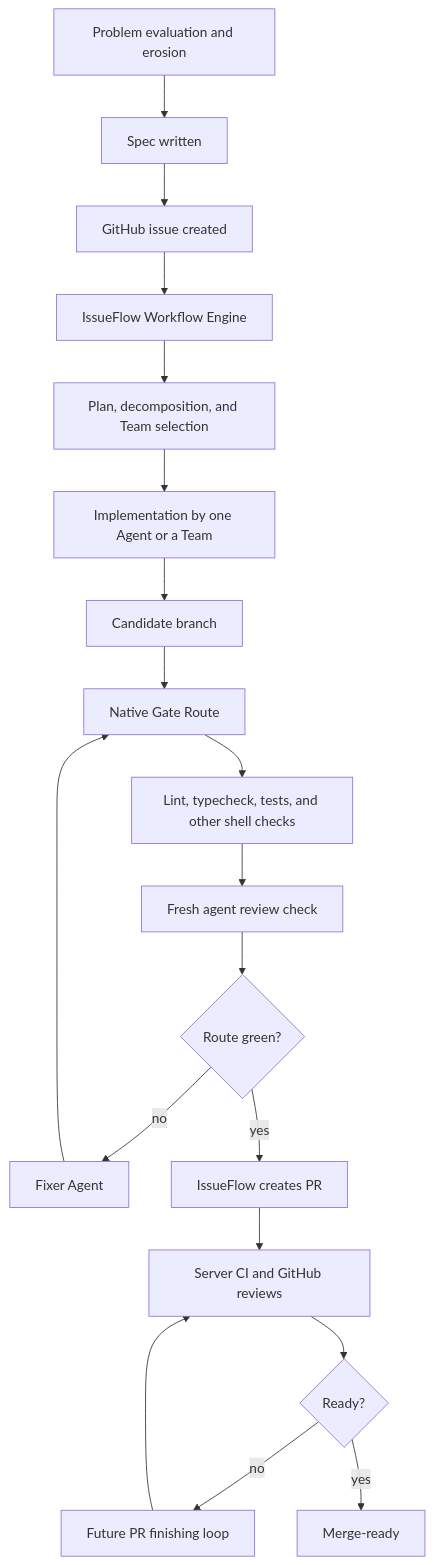
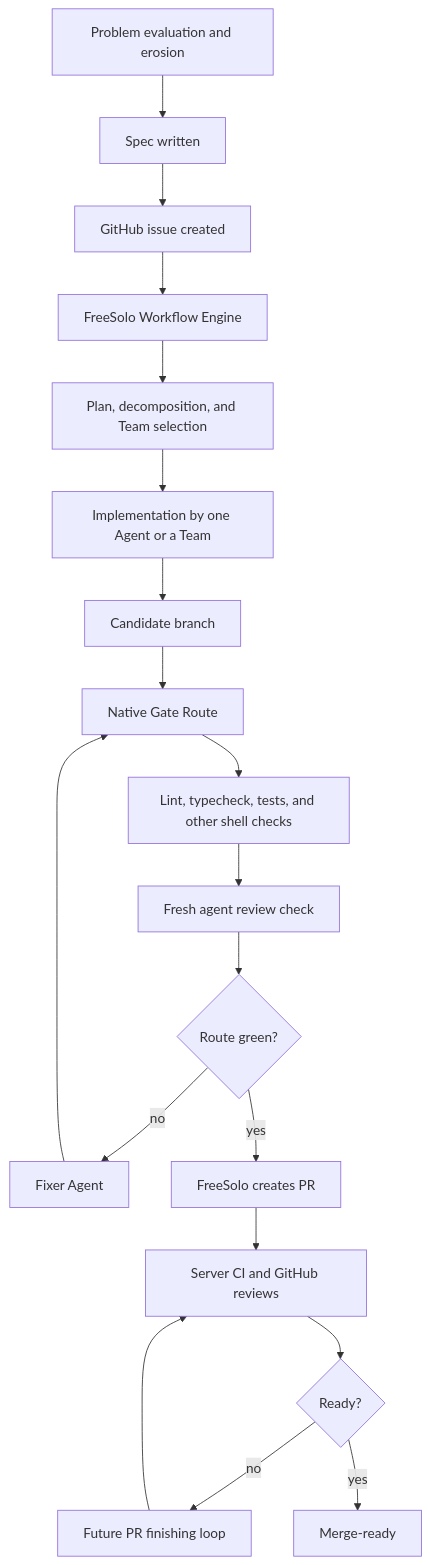
One commit to robert-gleis/freesolo changed the diagram in docs/superpowers/specs/2026-07-03-native-gate-route-design.md. Above: the diagram before and after it, drawn with Mermaid. The commit also changed other lines of this file and 513 other files, not shown here.

First line of the commit message:
chore: rename project IssueFlow → FreeSolo

````diff
--- a/docs/superpowers/specs/2026-07-03-native-gate-route-design.md
+++ b/docs/superpowers/specs/2026-07-03-native-gate-route-design.md
@@ -30,21 +30,21 @@
 ```mermaid
 flowchart TD
   A["Problem evaluation and erosion"] --> B["Spec written"]
   B --> C["GitHub issue created"]
-  C --> D["IssueFlow Workflow Engine"]
+  C --> D["FreeSolo Workflow Engine"]
   D --> E["Plan, decomposition, and Team selection"]
   E --> F["Implementation by one Agent or a Team"]
   F --> G["Candidate branch"]
   G --> H["Native Gate Route"]
   H --> I["Lint, typecheck, tests, and other shell checks"]
   I --> J["Fresh agent review check"]
   J --> K{"Route green?"}
   K -- "no" --> L["Fixer Agent"]
   L --> H
-  K -- "yes" --> M["IssueFlow creates PR"]
+  K -- "yes" --> M["FreeSolo creates PR"]
   M --> N["Server CI and GitHub reviews"]
   N --> O{"Ready?"}
   O -- "no" --> P["Future PR finishing loop"]
   P --> N
   O -- "yes" --> Q["Merge-ready"]
 ```
````
